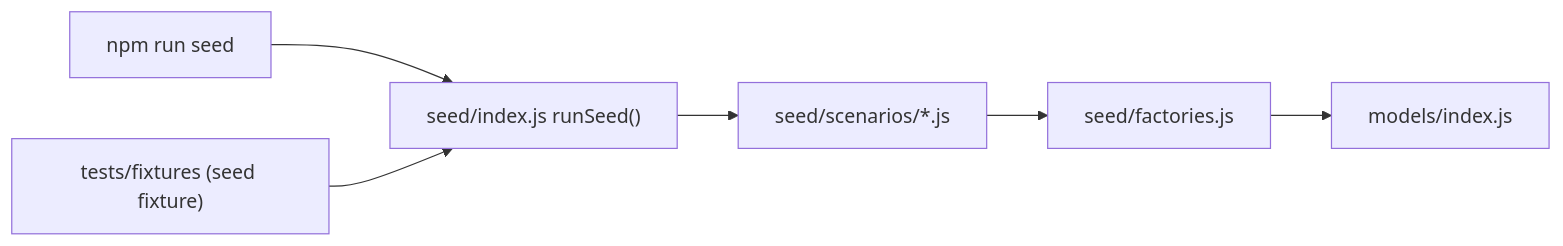
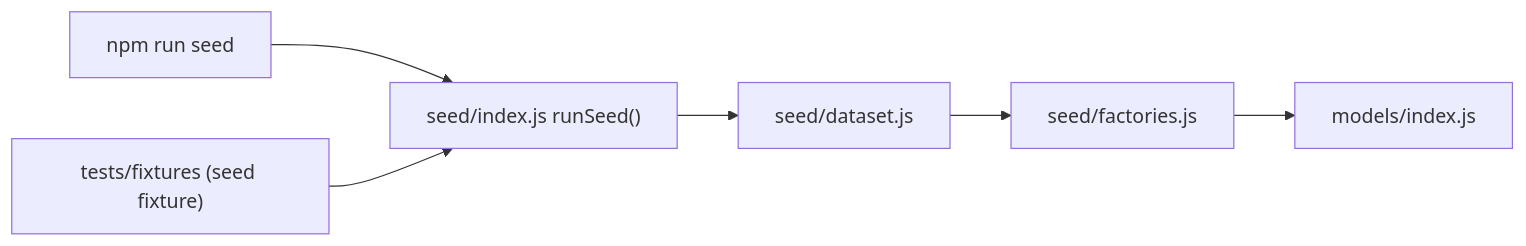
Before and after one commit to craigloewen-msft/AutoTaskCalendar: the diagram in docs/SEEDING.md, drawn with Mermaid. The commit also changed other lines of this file and 22 other files, not shown here.

First line of the commit message:
Collapse seed scenarios into one dataset and drop Statistics tests

````diff
--- a/docs/SEEDING.md
+++ b/docs/SEEDING.md
@@ -40,8 +57,8 @@
 ```mermaid
 flowchart LR
   CLI["npm run seed"] --> R["seed/index.js runSeed()"]
   T["tests/fixtures (seed fixture)"] --> R
-  R --> S["seed/scenarios/*.js"]
+  R --> S["seed/dataset.js"]
   S --> F["seed/factories.js"]
   F --> M["models/index.js"]
 ```
````
